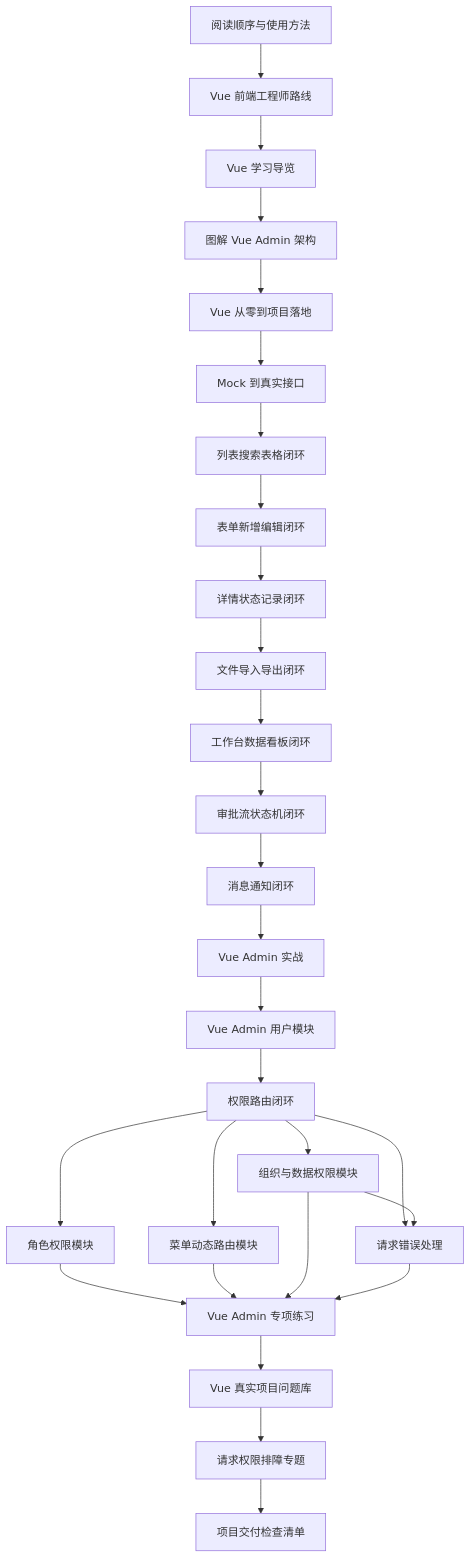
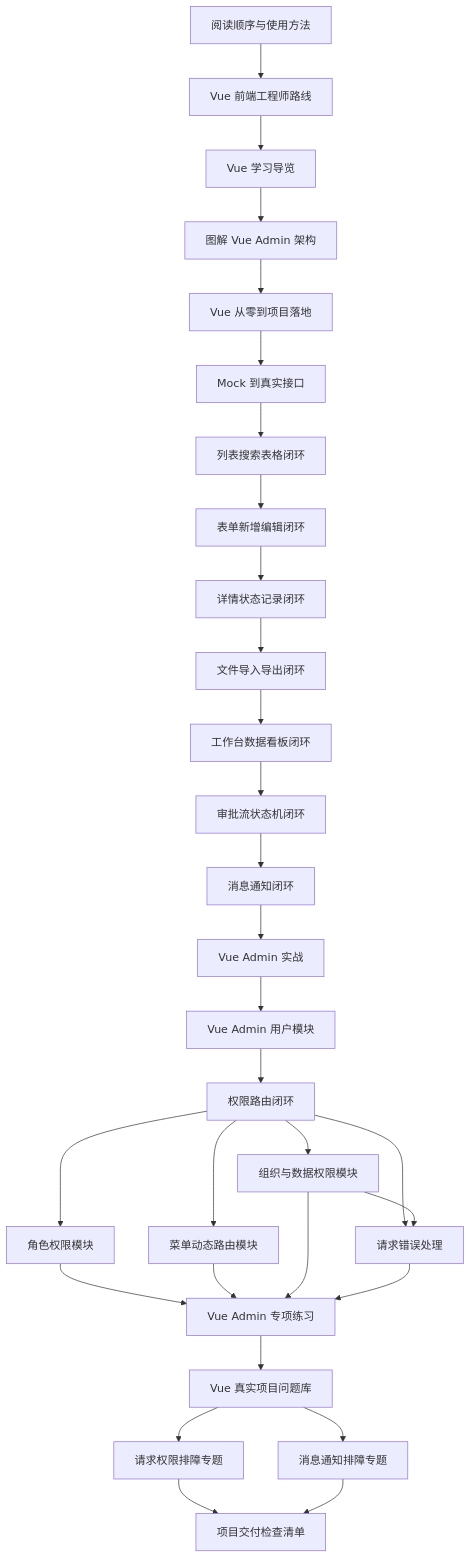
Before and after one commit to yokry-he/yok-study-web: the second of 10 diagrams in docs/roadmap/vue-admin-learning-map.md, drawn with Mermaid. The commit also changed other lines of this file and 7 other files, not shown here.

````diff
--- a/docs/roadmap/vue-admin-learning-map.md
+++ b/docs/roadmap/vue-admin-learning-map.md
@@ -56,30 +56,32 @@
 ```mermaid
 flowchart TD
   A["阅读顺序与使用方法"] --> B["Vue 前端工程师路线"]
   B --> C["Vue 学习导览"]
   C --> D["图解 Vue Admin 架构"]
   D --> E["Vue 从零到项目落地"]
   E --> F["Mock 到真实接口"]
   F --> G["列表搜索表格闭环"]
   G --> H["表单新增编辑闭环"]
   H --> I["详情状态记录闭环"]
   I --> J["文件导入导出闭环"]
   J --> K["工作台数据看板闭环"]
   K --> L["审批流状态机闭环"]
   L --> M["消息通知闭环"]
   M --> N["Vue Admin 实战"]
   N --> O["Vue Admin 用户模块"]
   O --> P["权限路由闭环"]
   P --> Q["角色权限模块"]
   P --> R["菜单动态路由模块"]
   P --> S["组织与数据权限模块"]
   P --> T["请求错误处理"]
   S --> T
   Q --> U["Vue Admin 专项练习"]
   R --> U
   S --> U
   T --> U
   U --> V["Vue 真实项目问题库"]
   V --> W["请求权限排障专题"]
-  W --> X["项目交付检查清单"]
+  V --> X["消息通知排障专题"]
+  W --> Y["项目交付检查清单"]
+  X --> Y
 ```
````
